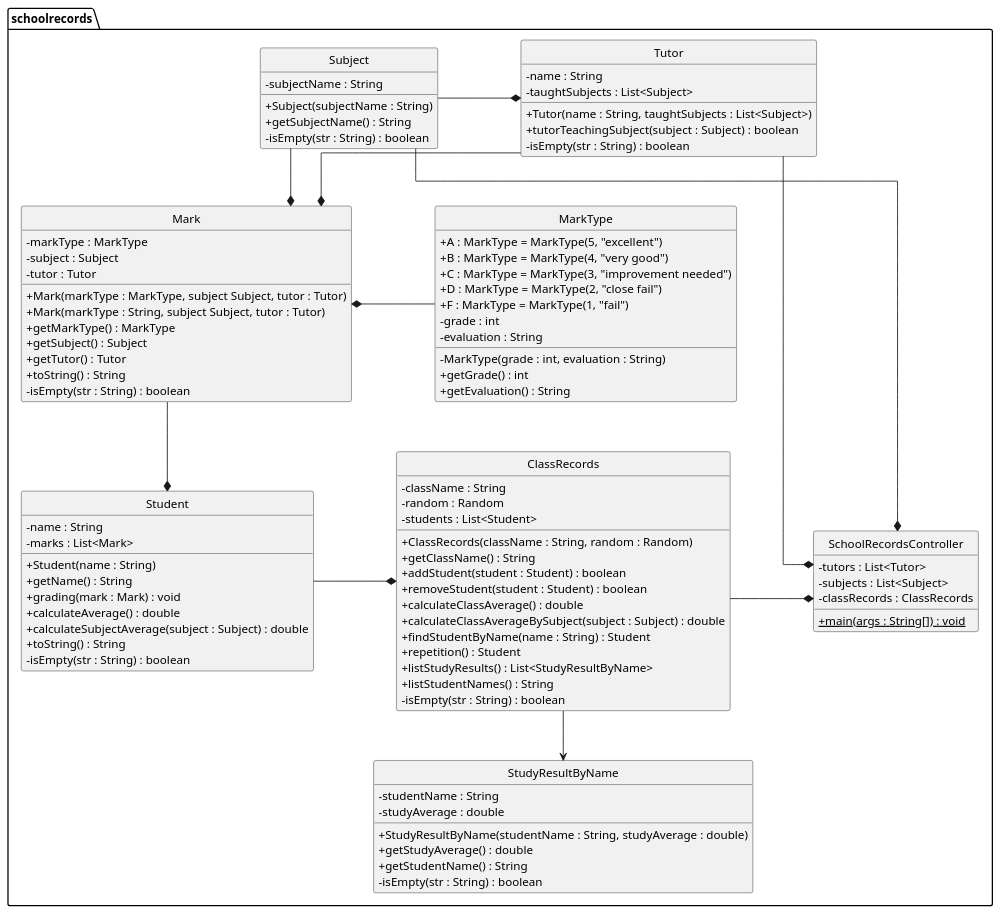
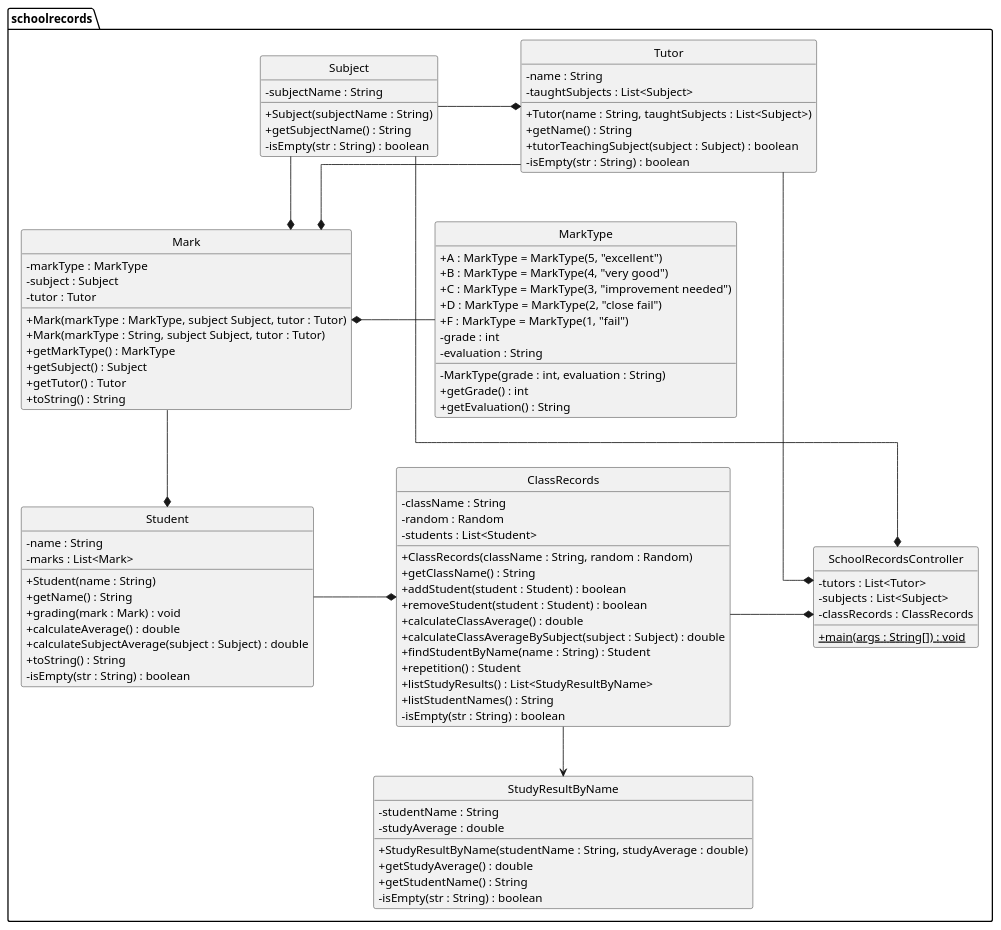
One commit to gbeatrix/java-sv2-labs changed the diagram in projects/schoolrecords/schoolrecords-class-diagram.puml. Above: the diagram before and after it, drawn with PlantUML. The commit also changed 8 other files, not shown here.

```diff
--- a/projects/schoolrecords/schoolrecords-class-diagram.puml
+++ b/projects/schoolrecords/schoolrecords-class-diagram.puml
@@ -1,112 +1,112 @@
 @startuml
 'https://plantuml.com/class-diagram
 
 hide circle
 skinparam classAttributeIconSize 0
 skinparam LineType ortho
 skinparam Nodesep 100
 skinparam shadowing false
 
 package schoolrecords {
 
 class Subject {
     -subjectName : String
     +Subject(subjectName : String)
     +getSubjectName() : String
     -isEmpty(str : String) : boolean
 }
 
 class Tutor{
     -name : String
     -taughtSubjects : List<Subject>
     +Tutor(name : String, taughtSubjects : List<Subject>)
+    +getName() : String
     +tutorTeachingSubject(subject : Subject) : boolean
     -isEmpty(str : String) : boolean
 }
 
 class Mark {
     -markType : MarkType
     -subject : Subject
     -tutor : Tutor
     +Mark(markType : MarkType, subject Subject, tutor : Tutor)
     +Mark(markType : String, subject Subject, tutor : Tutor)
     +getMarkType() : MarkType
     +getSubject() : Subject
     +getTutor() : Tutor
     +toString() : String
-    -isEmpty(str : String) : boolean
 }
 
 enum MarkType {
     {field}+A : MarkType = MarkType(5, "excellent")
     {field}+B : MarkType = MarkType(4, "very good")
     {field}+C : MarkType = MarkType(3, "improvement needed")
     {field}+D : MarkType = MarkType(2, "close fail")
     {field}+F : MarkType = MarkType(1, "fail")
     -grade : int
     -evaluation : String
     -MarkType(grade : int, evaluation : String)
     +getGrade() : int
     +getEvaluation() : String
 }
 
 class Student {
     -name : String
     -marks : List<Mark>
     +Student(name : String)
     +getName() : String
     +grading(mark : Mark) : void
     +calculateAverage() : double
     +calculateSubjectAverage(subject : Subject) : double
     +toString() : String
     -isEmpty(str : String) : boolean
 }
 
 class ClassRecords {
     -className : String
     -random : Random
     -students : List<Student>
     +ClassRecords(className : String, random : Random)
     +getClassName() : String
     +addStudent(student : Student) : boolean
     +removeStudent(student : Student) : boolean
     +calculateClassAverage() : double
     +calculateClassAverageBySubject(subject : Subject) : double
     +findStudentByName(name : String) : Student
     +repetition() : Student
     +listStudyResults() : List<StudyResultByName>
     +listStudentNames() : String
     -isEmpty(str : String) : boolean
 }
 
 class StudyResultByName {
     -studentName : String
     -studyAverage : double
     +StudyResultByName(studentName : String, studyAverage : double)
     +getStudyAverage() : double
     +getStudentName() : String
     -isEmpty(str : String) : boolean
 }
 
 class SchoolRecordsController {
     -tutors : List<Tutor>
     -subjects : List<Subject>
     -classRecords : ClassRecords
     +{static}main(args : String[]) : void
 }
 
 Subject -r-* Tutor
 Subject -d-* Mark
 Tutor --* Mark
 Student -r-* ClassRecords
 Mark -d-* Student
 Mark *-r- MarkType
 ClassRecords --> StudyResultByName
 Tutor --* SchoolRecordsController
 Subject --* SchoolRecordsController
 ClassRecords -r-* SchoolRecordsController
 }
 
 'remove MarkType
 'remove StudyResultByName
 @enduml
```
